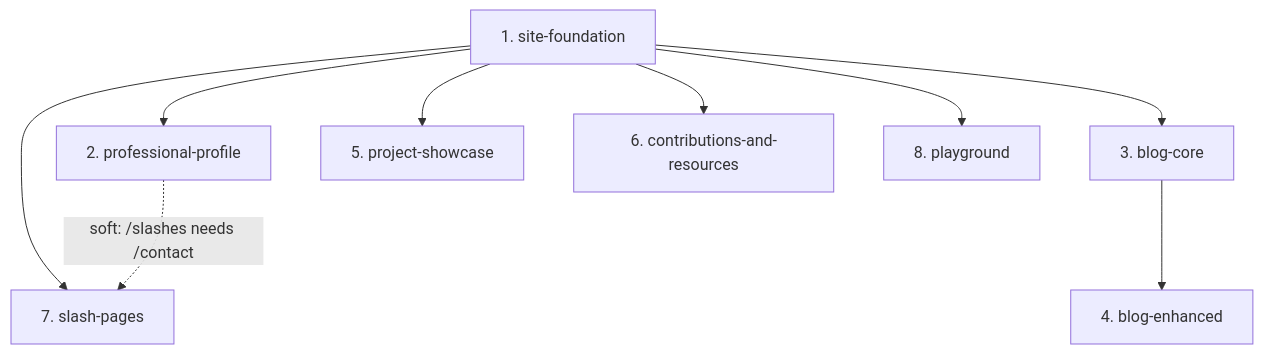
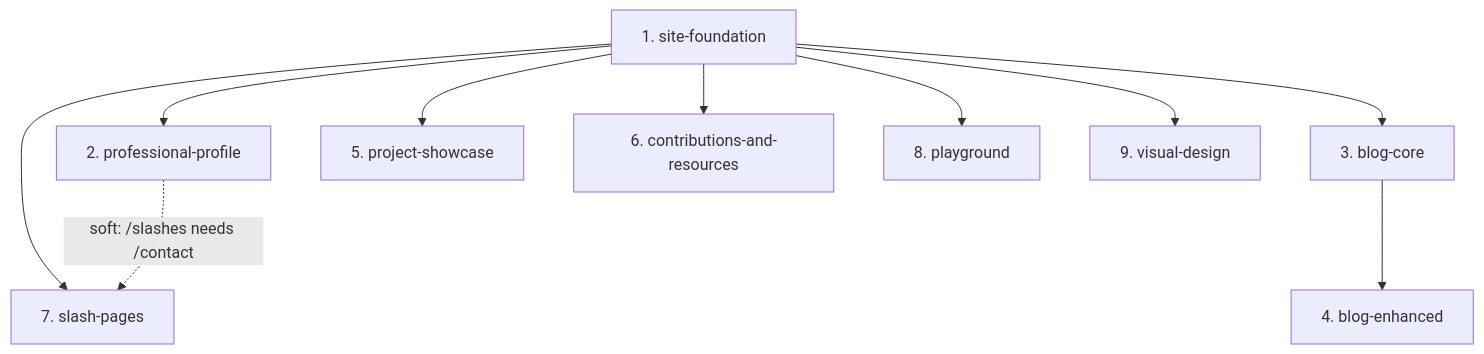
The diagram in .spec-workflow/spec-decomposition/decomposition.md (madmatt112/www.matthewfield.ca), drawn with Mermaid before and after one commit. The commit also changed other lines of this file and 30 other files, not shown here.

````diff
--- a/.spec-workflow/spec-decomposition/decomposition.md
+++ b/.spec-workflow/spec-decomposition/decomposition.md
@@ -161,11 +179,12 @@
 ```mermaid
 graph TD
     S1[1. site-foundation] --> S2[2. professional-profile]
     S1 --> S3[3. blog-core]
     S1 --> S5[5. project-showcase]
     S1 --> S6[6. contributions-and-resources]
     S1 --> S7[7. slash-pages]
     S1 --> S8[8. playground]
     S3 --> S4[4. blog-enhanced]
     S2 -.->|soft: /slashes needs /contact| S7
+    S1 --> S9[9. visual-design]
 ```
````
